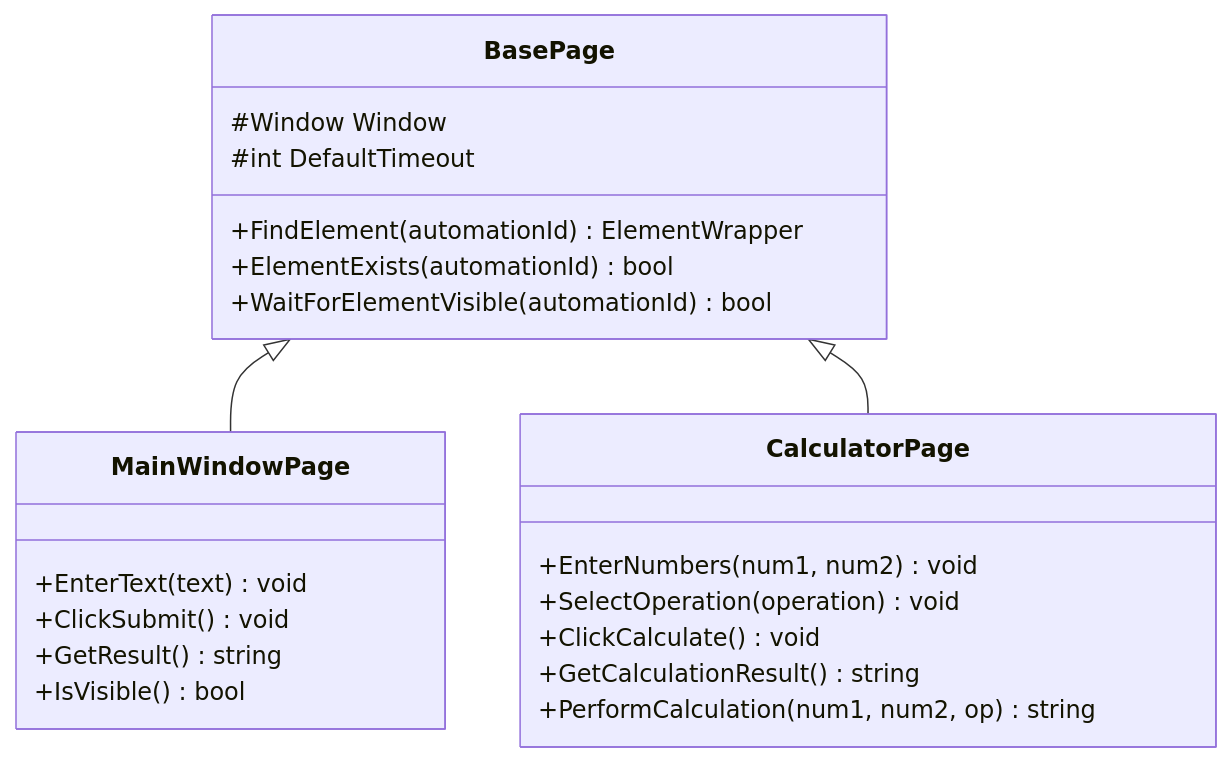
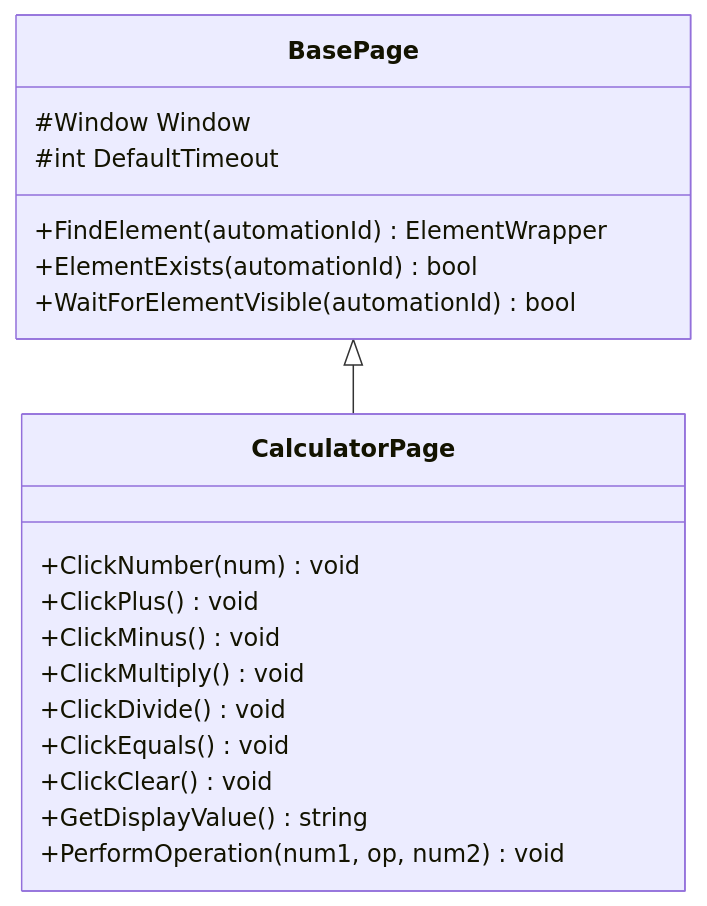
One commit to Akradeveloper/Hipos changed the second of 6 diagrams in website/docs/architecture.md. Above: the diagram before and after it, drawn with Mermaid. The commit also changed other lines of this file and 8 other files, not shown here.

````diff
--- a/website/docs/architecture.md
+++ b/website/docs/architecture.md
@@ -113,28 +134,24 @@
 ```mermaid
 classDiagram
     class BasePage {
         #Window Window
         #int DefaultTimeout
         +FindElement(automationId) ElementWrapper
         +ElementExists(automationId) bool
         +WaitForElementVisible(automationId) bool
     }
     
-    class MainWindowPage {
-        +EnterText(text) void
-        +ClickSubmit() void
-        +GetResult() string
-        +IsVisible() bool
+    class CalculatorPage {
+        +ClickNumber(num) void
+        +ClickPlus() void
+        +ClickMinus() void
+        +ClickMultiply() void
+        +ClickDivide() void
+        +ClickEquals() void
+        +ClickClear() void
+        +GetDisplayValue() string
+        +PerformOperation(num1, op, num2) void
     }
     
-    class CalculatorPage {
-        +EnterNumbers(num1, num2) void
-        +SelectOperation(operation) void
-        +ClickCalculate() void
-        +GetCalculationResult() string
-        +PerformCalculation(num1, num2, op) string
-    }
-    
-    BasePage <|-- MainWindowPage
     BasePage <|-- CalculatorPage
 ```
````
